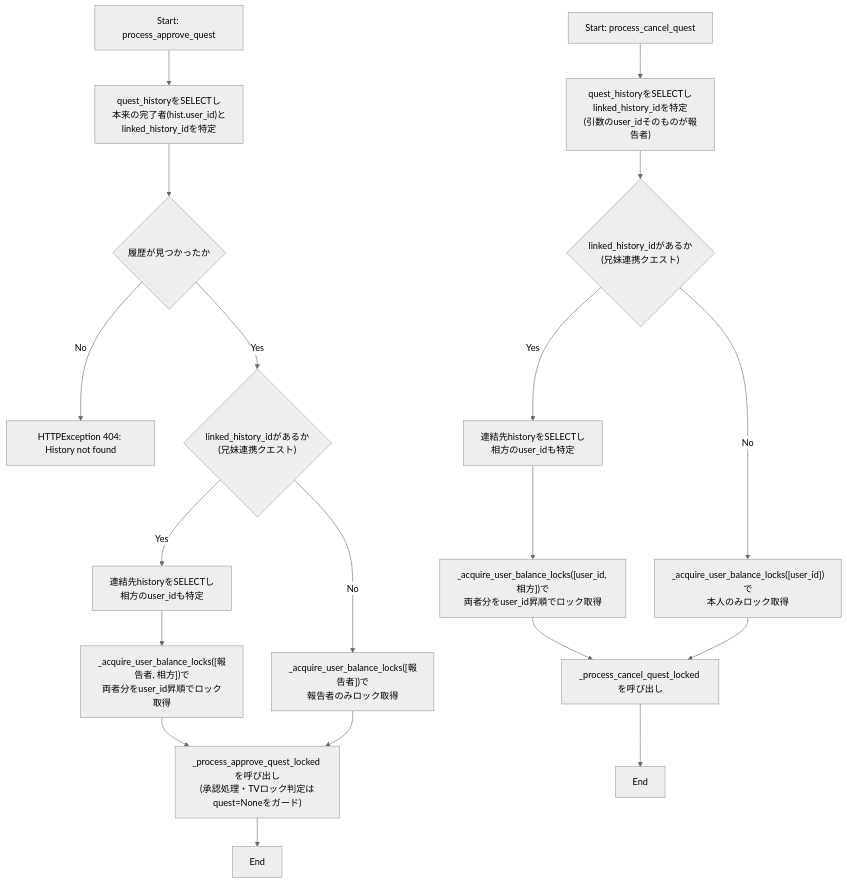
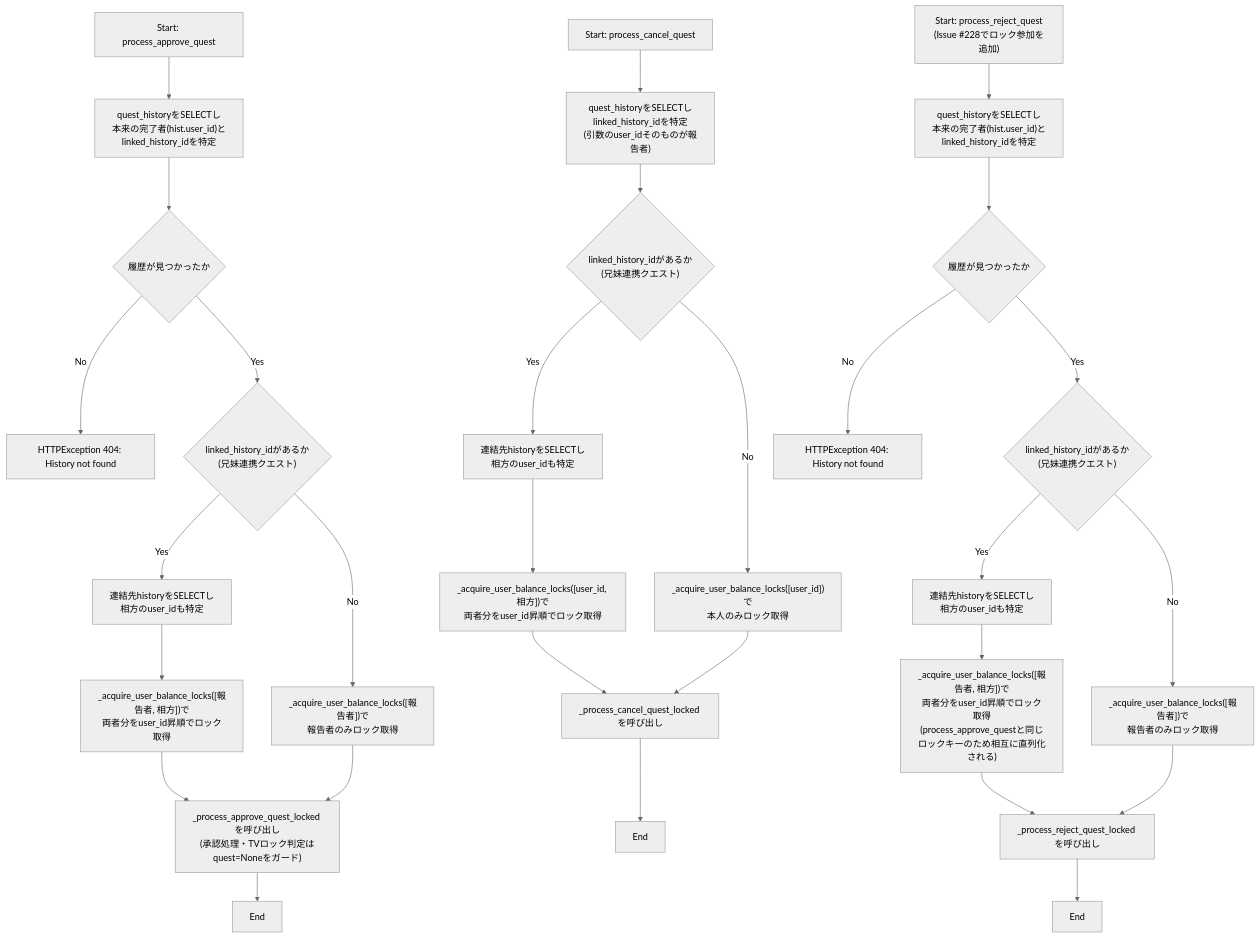
Before and after one commit to mmtigers/my_python_project: the third of 5 diagrams in docs/specifications/MY_HOME_SYSTEM/quest_service.md, drawn with Mermaid (neutral theme). The commit also changed other lines of this file and 2 other files, not shown here.

First line of the commit message:
fix: process_reject_questが承認処理とのロック体系に参加しておらず却下確定後も報酬がロールバックされない問題を修正 (#228)

````diff
--- a/docs/specifications/MY_HOME_SYSTEM/quest_service.md
+++ b/docs/specifications/MY_HOME_SYSTEM/quest_service.md
@@ -636,22 +650,33 @@
 ```mermaid
 flowchart TD
     AStart[Start: process_approve_quest] --> APeek["quest_historyをSELECTし<br>本来の完了者(hist.user_id)とlinked_history_idを特定"]
     APeek --> AFound{"履歴が見つかったか"}
     AFound -- No --> AErr404[HTTPException 404: History not found]
     AFound -- Yes --> ALinked{"linked_history_idがあるか<br>(兄妹連携クエスト)"}
     ALinked -- Yes --> APeekPartner["連結先historyをSELECTし<br>相方のuser_idも特定"]
     APeekPartner --> AAcquireLock["_acquire_user_balance_locks([報告者, 相方])で<br>両者分をuser_id昇順でロック取得"]
     ALinked -- No --> AAcquireLock2["_acquire_user_balance_locks([報告者])で<br>報告者のみロック取得"]
     AAcquireLock --> ACallLocked["_process_approve_quest_locked を呼び出し<br>(承認処理・TVロック判定はquest=Noneをガード)"]
     AAcquireLock2 --> ACallLocked
     ACallLocked --> AEnd[End]
 
     CStart[Start: process_cancel_quest] --> CPeek["quest_historyをSELECTし<br>linked_history_idを特定<br>(引数のuser_idそのものが報告者)"]
     CPeek --> CLinked{"linked_history_idがあるか<br>(兄妹連携クエスト)"}
     CLinked -- Yes --> CPeekPartner["連結先historyをSELECTし<br>相方のuser_idも特定"]
     CPeekPartner --> CAcquireLock["_acquire_user_balance_locks([user_id, 相方])で<br>両者分をuser_id昇順でロック取得"]
     CLinked -- No --> CAcquireLock2["_acquire_user_balance_locks([user_id])で<br>本人のみロック取得"]
     CAcquireLock --> CCallLocked["_process_cancel_quest_locked を呼び出し"]
     CAcquireLock2 --> CCallLocked
     CCallLocked --> CEnd[End]
+
+    RStart["Start: process_reject_quest<br>(Issue #228でロック参加を追加)"] --> RPeek["quest_historyをSELECTし<br>本来の完了者(hist.user_id)とlinked_history_idを特定"]
+    RPeek --> RFound{"履歴が見つかったか"}
+    RFound -- No --> RErr404[HTTPException 404: History not found]
+    RFound -- Yes --> RLinked{"linked_history_idがあるか<br>(兄妹連携クエスト)"}
+    RLinked -- Yes --> RPeekPartner["連結先historyをSELECTし<br>相方のuser_idも特定"]
+    RPeekPartner --> RAcquireLock["_acquire_user_balance_locks([報告者, 相方])で<br>両者分をuser_id昇順でロック取得<br>(process_approve_questと同じロックキーのため相互に直列化される)"]
+    RLinked -- No --> RAcquireLock2["_acquire_user_balance_locks([報告者])で<br>報告者のみロック取得"]
+    RAcquireLock --> RCallLocked["_process_reject_quest_locked を呼び出し"]
+    RAcquireLock2 --> RCallLocked
+    RCallLocked --> REnd[End]
 ```
````
